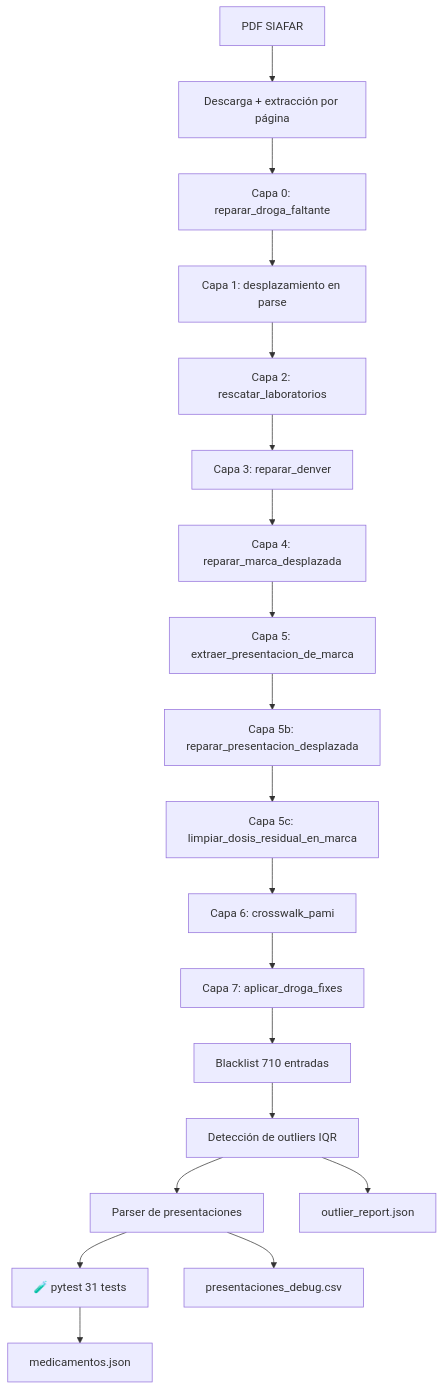
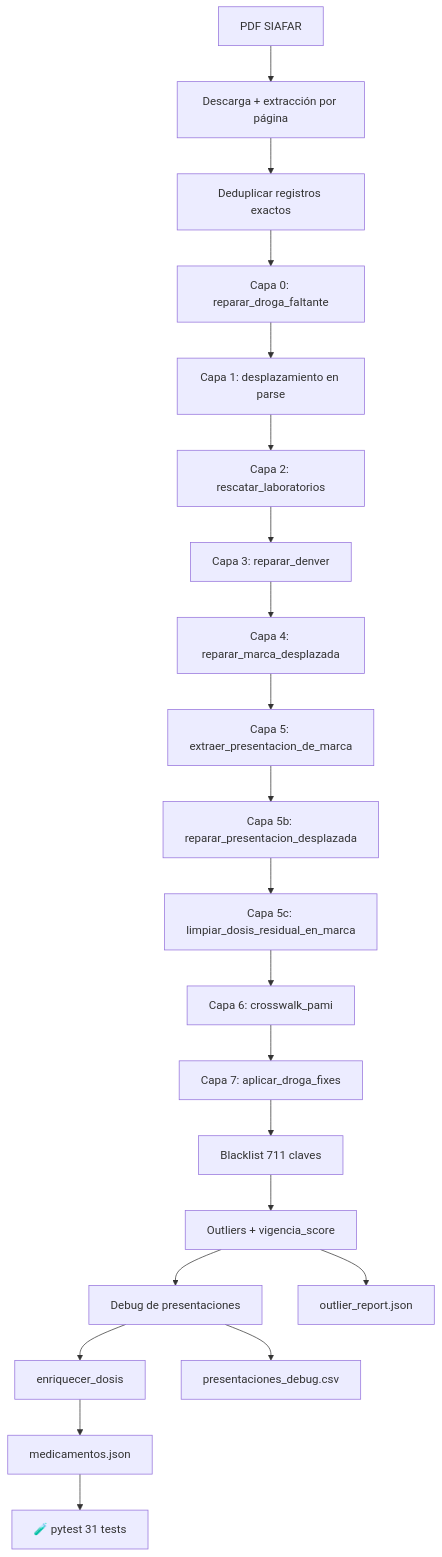
Before and after one commit to psbella/remediar: the fifth of 10 diagrams in README.md, drawn with Mermaid. The commit also changed other lines of this file and 1 other file, not shown here.

````diff
--- a/README.md
+++ b/README.md
@@ -1080,42 +1198,46 @@
 ```mermaid
 flowchart TD
 
     A[PDF SIAFAR]
     B[Descarga + extracción por página]
+    DD[Deduplicar registros exactos]
     C0[Capa 0: reparar_droga_faltante]
     C1[Capa 1: desplazamiento en parse]
     C2[Capa 2: rescatar_laboratorios]
     C3[Capa 3: reparar_denver]
     C4[Capa 4: reparar_marca_desplazada]
     C5[Capa 5: extraer_presentacion_de_marca]
     C5B[Capa 5b: reparar_presentacion_desplazada]
     C5C[Capa 5c: limpiar_dosis_residual_en_marca]
     C6[Capa 6: crosswalk_pami]
     C7[Capa 7: aplicar_droga_fixes]
-    BL[Blacklist 710 entradas]
-    OUT[Detección de outliers IQR]
-    PRES[Parser de presentaciones]
+    BL[Blacklist 711 claves]
+    OUT[Outliers + vigencia_score]
+    PRES[Debug de presentaciones]
+    ENR[enriquecer_dosis]
     T[🧪 pytest 31 tests]
     JSON[medicamentos.json]
     DEBUG[presentaciones_debug.csv]
     REPORT[outlier_report.json]
 
     A --> B
-    B --> C0
+    B --> DD
+    DD --> C0
     C0 --> C1
     C1 --> C2
     C2 --> C3
     C3 --> C4
     C4 --> C5
     C5 --> C5B
     C5B --> C5C
     C5C --> C6
     C6 --> C7
     C7 --> BL
     BL --> OUT
     OUT --> PRES
-    PRES --> T
-    T --> JSON
+    PRES --> ENR
+    ENR --> JSON
+    JSON --> T
     PRES --> DEBUG
     OUT --> REPORT
 ```
````
